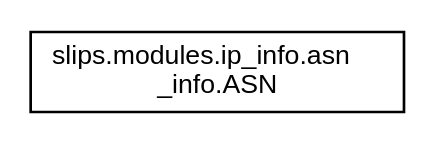
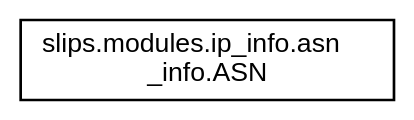
Before and after one commit to stratosphereips/StratosphereLinuxIPS: the diagram in docs/inherit_graph_6.dot, drawn with Graphviz. The commit also changed 345 other files, not shown here.

```diff
--- a/docs/inherit_graph_6.dot
+++ b/docs/inherit_graph_6.dot
@@ -1,8 +1,9 @@
 digraph "Graphical Class Hierarchy"
 {
  // LATEX_PDF_SIZE
+  bgcolor="transparent";
   edge [fontname="Helvetica",fontsize="10",labelfontname="Helvetica",labelfontsize="10"];
   node [fontname="Helvetica",fontsize="10",shape=record];
   rankdir="LR";
-  Node0 [label="slips.modules.ip_info.asn\l_info.ASN",height=0.2,width=0.4,color="black", fillcolor="white", style="filled",URL="$d7/d83/classslips_1_1modules_1_1ip__info_1_1asn__info_1_1ASN.html",tooltip=" "];
+  Node0 [label="slips.modules.ip_info.asn\l_info.ASN",height=0.2,width=0.4,color="black",URL="$df/dd8/classslips_1_1modules_1_1ip__info_1_1asn__info_1_1_a_s_n.html",tooltip=" "];
 }
```
